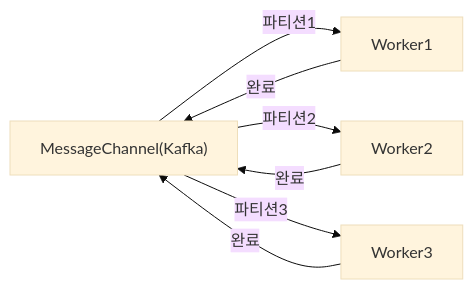
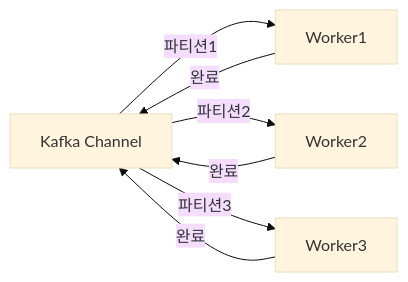
Before and after one commit to yjkim2015/yjkim2015.github.io: the fourth of 6 diagrams in _posts/batch/2026-05-03-spring-batch-partitioning.md, drawn with Mermaid (base theme). The commit also changed other lines of this file and 245 other files, not shown here.

First line of the commit message:
Mermaid 다이어그램 전면 수정 + 면접 포인트 접기/펼치기 + DB 데드락 페이지

````diff
--- a/_posts/batch/2026-05-03-spring-batch-partitioning.md
+++ b/_posts/batch/2026-05-03-spring-batch-partitioning.md
@@ -296,13 +296,13 @@
 ```mermaid
 graph LR
-    MQ["MessageChannel(Kafka)"]
+    MQ["Kafka Channel"]
     W1["Worker1"]
     W2["Worker2"]
     W3["Worker3"]
     MQ -->|"파티션1"| W1
     MQ -->|"파티션2"| W2
     MQ -->|"파티션3"| W3
     W1 -->|"완료"| MQ
     W2 -->|"완료"| MQ
     W3 -->|"완료"| MQ
 ```
````
